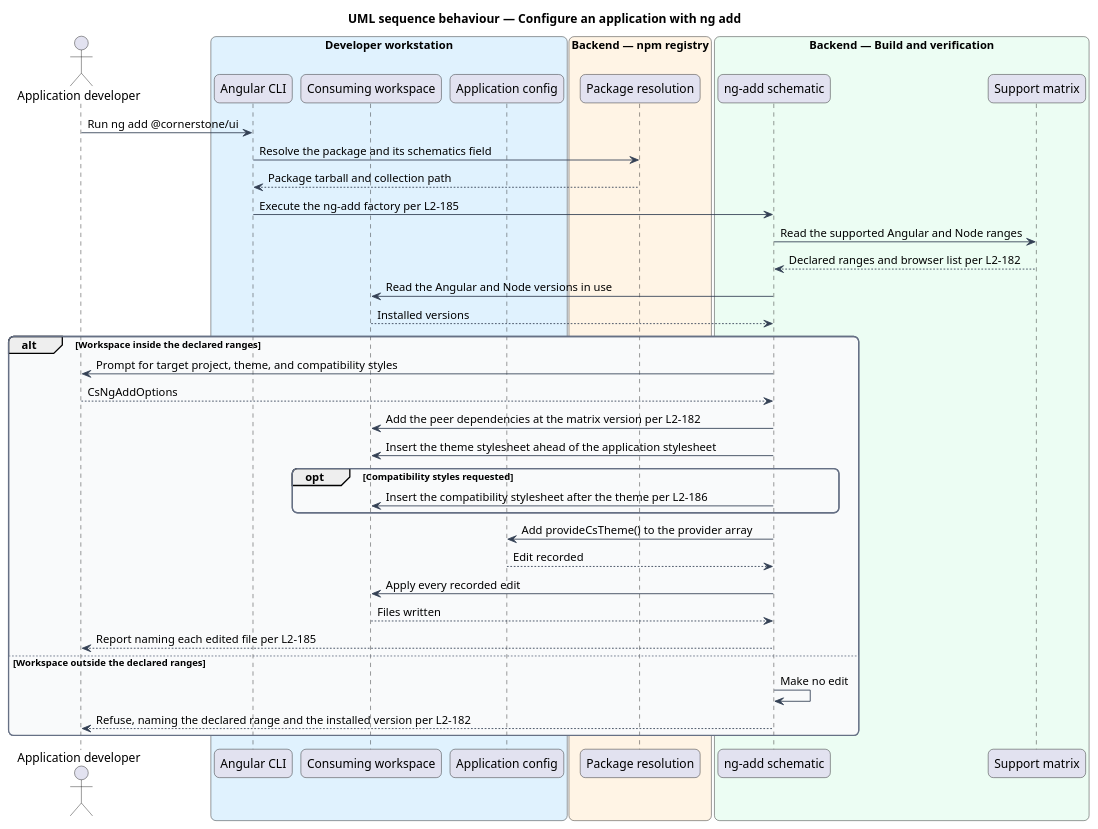
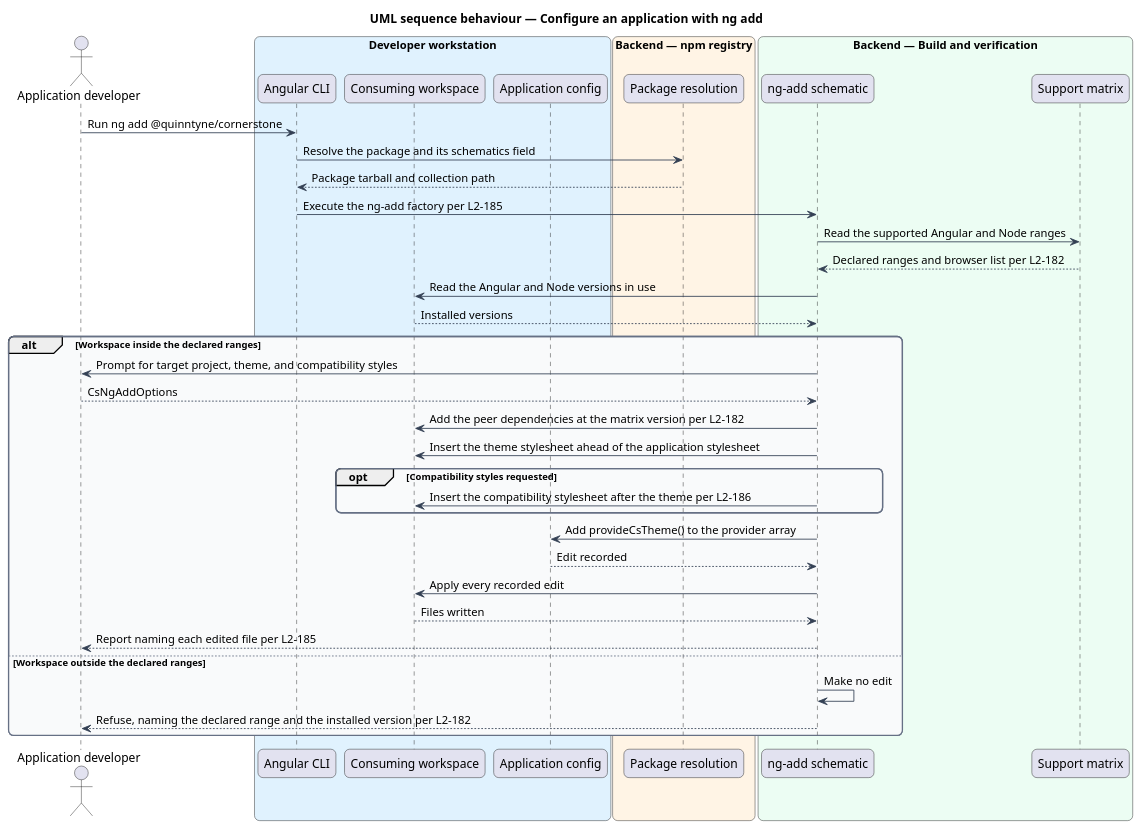
The diagram in docs/detailed-designs/delivery/support-and-migrate-consumers/diagrams/sequence-ng-add-setup.puml (QuinntyneBrown/Cornerstone), drawn with PlantUML before and after one commit. The commit also changed 125 other files, not shown here.

```diff
--- a/docs/detailed-designs/delivery/support-and-migrate-consumers/diagrams/sequence-ng-add-setup.puml
+++ b/docs/detailed-designs/delivery/support-and-migrate-consumers/diagrams/sequence-ng-add-setup.puml
@@ -1,58 +1,58 @@
 @startuml
 title UML sequence behaviour — Configure an application with ng add
 skinparam backgroundColor #FFFFFF
 skinparam shadowing false
 skinparam roundcorner 12
 skinparam defaultFontName Arial
 skinparam ArrowColor #344054
 skinparam rectangle {
   BorderColor #344054
   FontColor #101828
 }
 skinparam package {
   BorderColor #667085
   FontColor #101828
   BackgroundColor #F9FAFB
 }
 actor "Application developer" as dev
 box "Developer workstation" #E0F2FE
   participant "Angular CLI" as cli
   participant "Consuming workspace" as workspace
   participant "Application config" as config
 end box
 box "Backend — npm registry" #FFF4E5
   participant "Package resolution" as npm
 end box
 box "Backend — Build and verification" #ECFDF3
   participant "ng-add schematic" as ngadd
   participant "Support matrix" as matrix
 end box
 
-dev -> cli : Run ng add @cornerstone/ui
+dev -> cli : Run ng add @quinntyne/cornerstone
 cli -> npm : Resolve the package and its schematics field
 npm --> cli : Package tarball and collection path
 cli -> ngadd : Execute the ng-add factory per L2-185
 
 ngadd -> matrix : Read the supported Angular and Node ranges
 matrix --> ngadd : Declared ranges and browser list per L2-182
 ngadd -> workspace : Read the Angular and Node versions in use
 workspace --> ngadd : Installed versions
 
 alt Workspace inside the declared ranges
   ngadd -> dev : Prompt for target project, theme, and compatibility styles
   dev --> ngadd : CsNgAddOptions
   ngadd -> workspace : Add the peer dependencies at the matrix version per L2-182
   ngadd -> workspace : Insert the theme stylesheet ahead of the application stylesheet
   opt Compatibility styles requested
     ngadd -> workspace : Insert the compatibility stylesheet after the theme per L2-186
   end
   ngadd -> config : Add provideCsTheme() to the provider array
   config --> ngadd : Edit recorded
   ngadd -> workspace : Apply every recorded edit
   workspace --> ngadd : Files written
   ngadd --> dev : Report naming each edited file per L2-185
 else Workspace outside the declared ranges
   ngadd -> ngadd : Make no edit
   ngadd --> dev : Refuse, naming the declared range and the installed version per L2-182
 end
 @enduml
```
